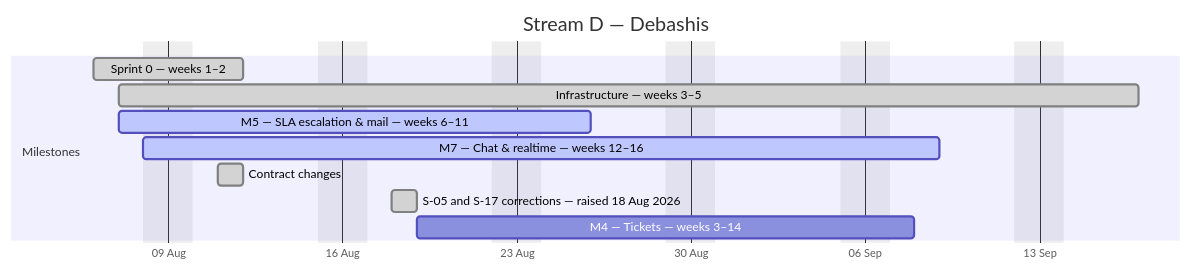
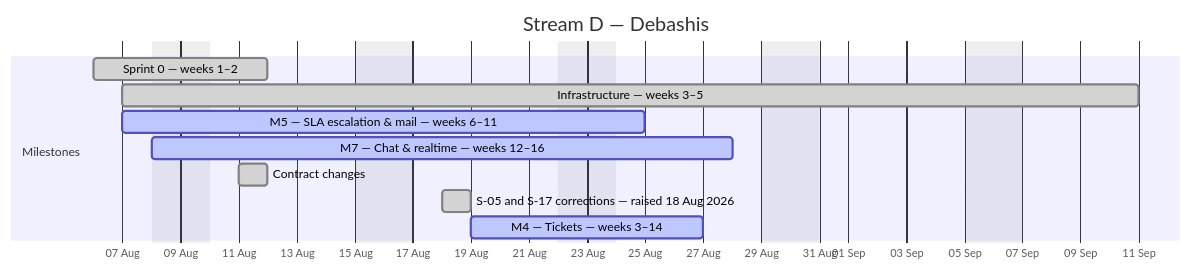
The fourth of 4 diagrams in docs/plan/GANTT.md (debashisedunext/EduTrack), drawn with Mermaid before and after one commit. The commit also changed other lines of this file and 3 other files, not shown here.

````diff
--- a/docs/plan/GANTT.md
+++ b/docs/plan/GANTT.md
@@ -133,15 +132,15 @@
 ```mermaid
 gantt
     dateFormat YYYY-MM-DD
     axisFormat %d %b
     title Stream D — Debashis
     excludes weekends
     section Milestones
     Sprint 0 — weeks 1–2 :done, d0, 2026-08-06, 4d
-    Infrastructure — weeks 3–5 :done, d1, 2026-08-07, 29d
-    M5 — SLA  escalation & mail — weeks 6–11 :active, d2, 2026-08-07, 13d
-    M7 — Chat & realtime — weeks 12–16 :active, d3, 2026-08-08, 23d
+    Infrastructure — weeks 3–5 :done, d1, 2026-08-07, 25d
+    M5 — SLA  escalation & mail — weeks 6–11 :active, d2, 2026-08-07, 12d
+    M7 — Chat & realtime — weeks 12–16 :active, d3, 2026-08-08, 15d
     Contract changes :done, d4, 2026-08-11, 1d
     S-05 and S-17 corrections — raised 18 Aug 2026 :done, d5, 2026-08-18, 1d
-    M4 — Tickets — weeks 3–14 :d6, 2026-08-19, 14d
+    M4 — Tickets — weeks 3–14 :active, d6, 2026-08-19, 6d
 ```
````
